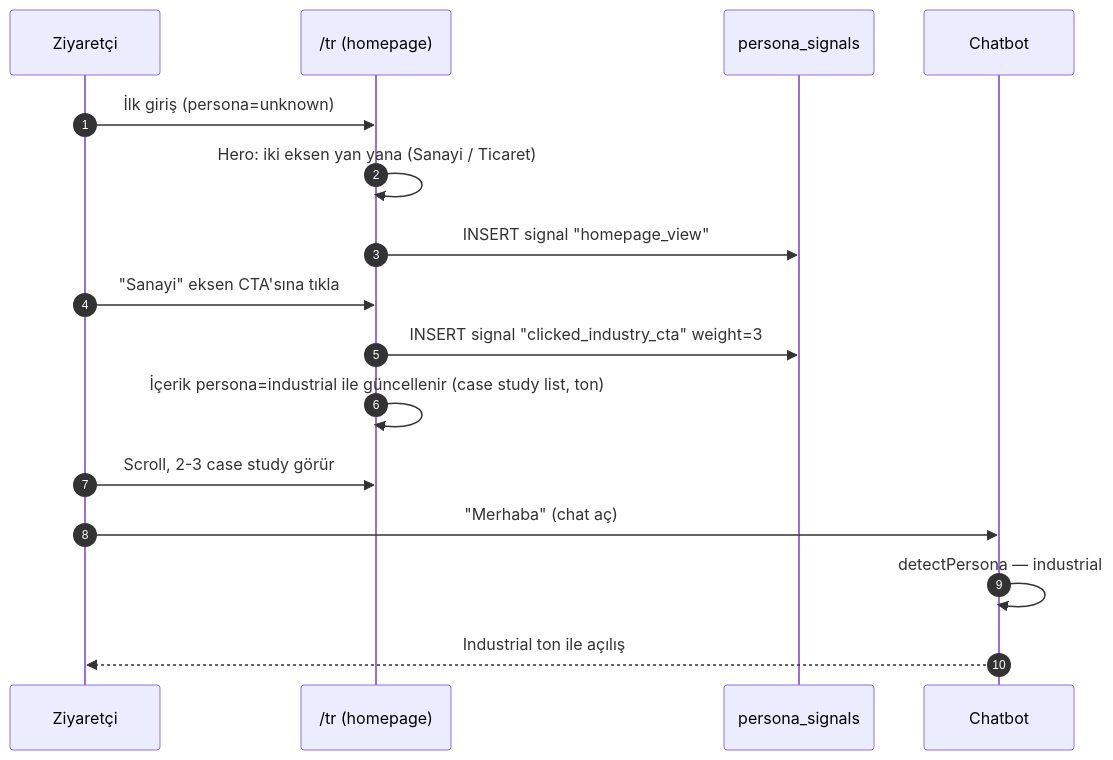
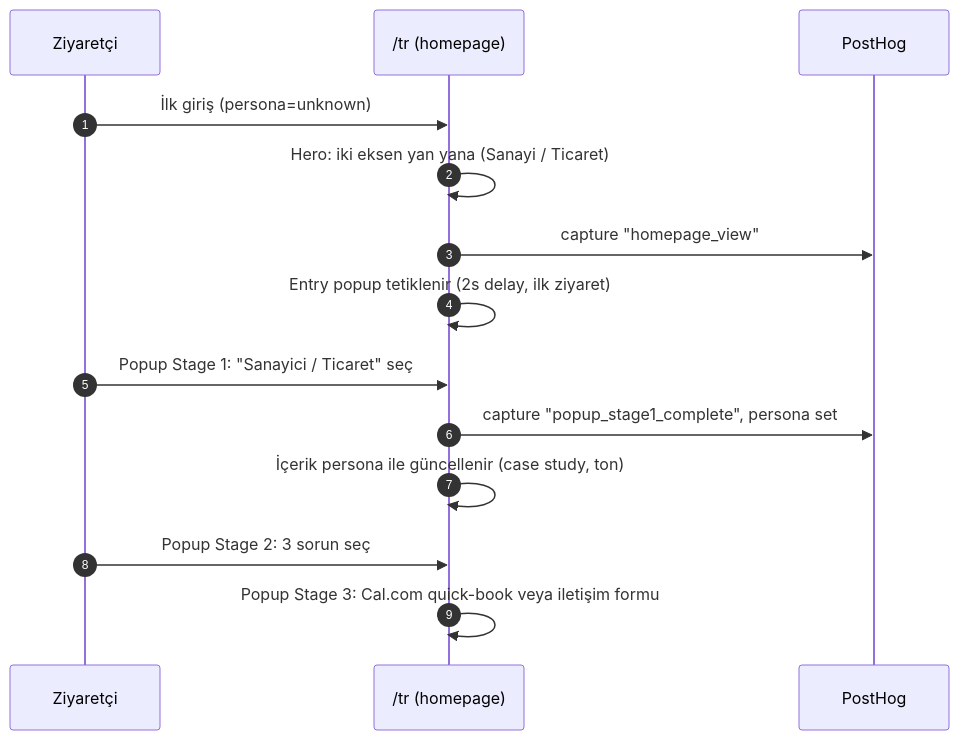
One commit to burakardaozgul/indoles_new changed the second of 5 diagrams in docs/11-funnel-customer-flows.md. Above: the diagram before and after it, drawn with Mermaid. The commit also changed other lines of this file, not shown here.

Commit message:
docs(funnel): remove auth-required booking + AI entry points

````diff
--- a/docs/11-funnel-customer-flows.md
+++ b/docs/11-funnel-customer-flows.md
@@ -163,19 +149,17 @@
 ```mermaid
 sequenceDiagram
   autonumber
   participant U as Ziyaretçi
   participant H as /tr (homepage)
-  participant PS as persona_signals
-  participant C as Chatbot
+  participant PH as PostHog
 
   U->>H: İlk giriş (persona=unknown)
   H->>H: Hero: iki eksen yan yana (Sanayi / Ticaret)
-  H->>PS: INSERT signal "homepage_view"
-  U->>H: "Sanayi" eksen CTA'sına tıkla
-  H->>PS: INSERT signal "clicked_industry_cta" weight=3
-  H->>H: İçerik persona=industrial ile güncellenir (case study list, ton)
-  U->>H: Scroll, 2-3 case study görür
-  U->>C: "Merhaba" (chat aç)
-  C->>C: detectPersona — industrial
-  C-->>U: Industrial ton ile açılış
+  H->>PH: capture "homepage_view"
+  H->>H: Entry popup tetiklenir (2s delay, ilk ziyaret)
+  U->>H: Popup Stage 1: "Sanayici / Ticaret" seç
+  H->>PH: capture "popup_stage1_complete", persona set
+  H->>H: İçerik persona ile güncellenir (case study, ton)
+  U->>H: Popup Stage 2: 3 sorun seç
+  H->>H: Popup Stage 3: Cal.com quick-book veya iletişim formu
 ```
````
